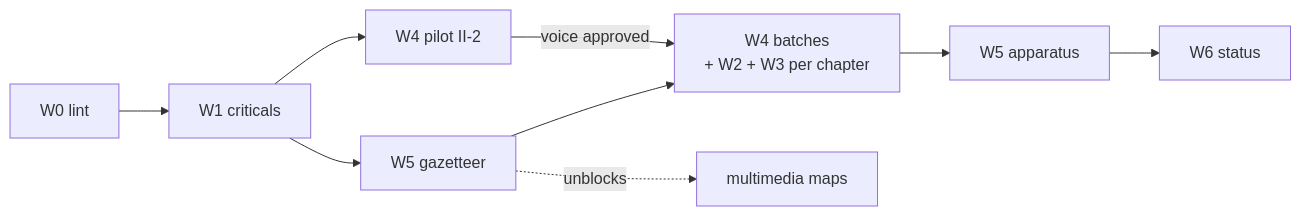
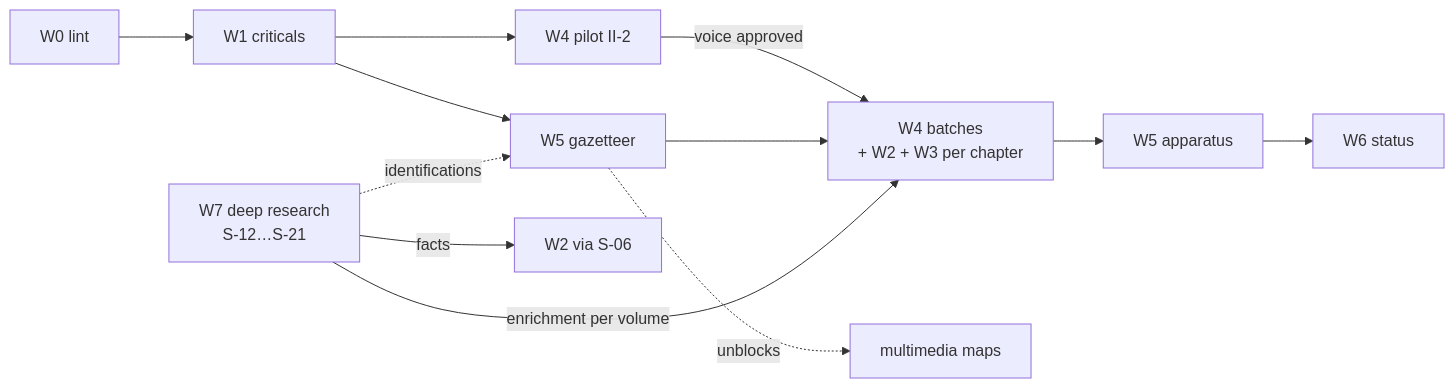
Before and after one commit to Israel-Laguan/marco-polo-reimagined: the diagram in book/plans/content-revision-plan.md, drawn with Mermaid. The commit also changed other lines of this file and 15 other files, not shown here.

First line of the commit message:
Phase R: deep-research spikes S-12…S-21 for references and enrichment

````diff
--- a/book/plans/content-revision-plan.md
+++ b/book/plans/content-revision-plan.md
@@ -163,11 +170,14 @@
 ```mermaid
 flowchart LR
   W0[W0 lint] --> W1[W1 criticals]
   W1 --> W5g[W5 gazetteer]
   W1 --> P[W4 pilot II-2]
   P -->|voice approved| B[W4 batches<br/>+ W2 + W3 per chapter]
   W5g --> B
   B --> W5[W5 apparatus]
   W5 --> W6[W6 status]
   W5g -.unblocks.-> M[multimedia maps]
+  W7[W7 deep research<br/>S-12…S-21] -->|facts| W2[W2 via S-06]
+  W7 -->|enrichment per volume| B
+  W7 -.identifications.-> W5g
 ```
````
